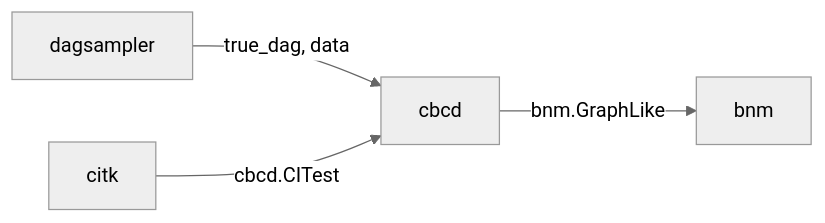
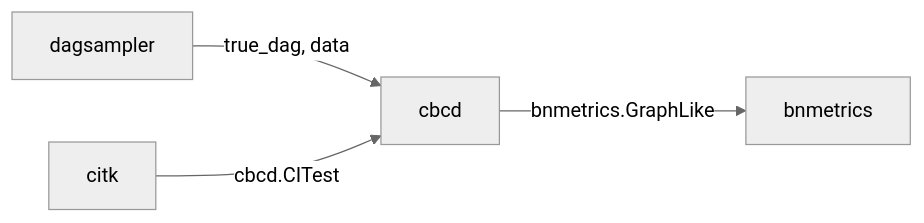
The diagram in README.md (averinpa/constraint-based-causal-discovery-suite), drawn with Mermaid (neutral theme) before and after one commit. The commit also changed other lines of this file and 152 other files, not shown here.

First line of the commit message:
refactor: rename package bnm -> bnmetrics (PyPI namespace blocked)

````diff
--- a/README.md
+++ b/README.md
@@ -29,6 +29,6 @@
 ```mermaid
 flowchart LR
     dagsampler -- "true_dag, data" --> cbcd
     citk -- "cbcd.CITest" --> cbcd
-    cbcd -- "bnm.GraphLike" --> bnm
+    cbcd -- "bnmetrics.GraphLike" --> bnmetrics
 ```
````
